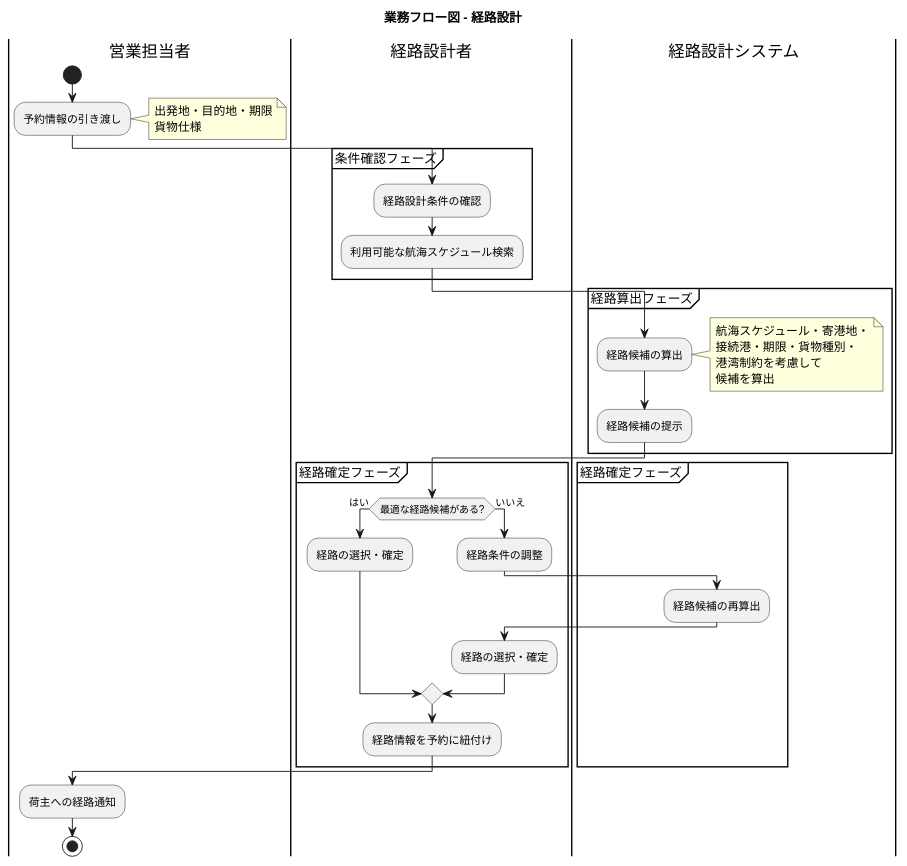
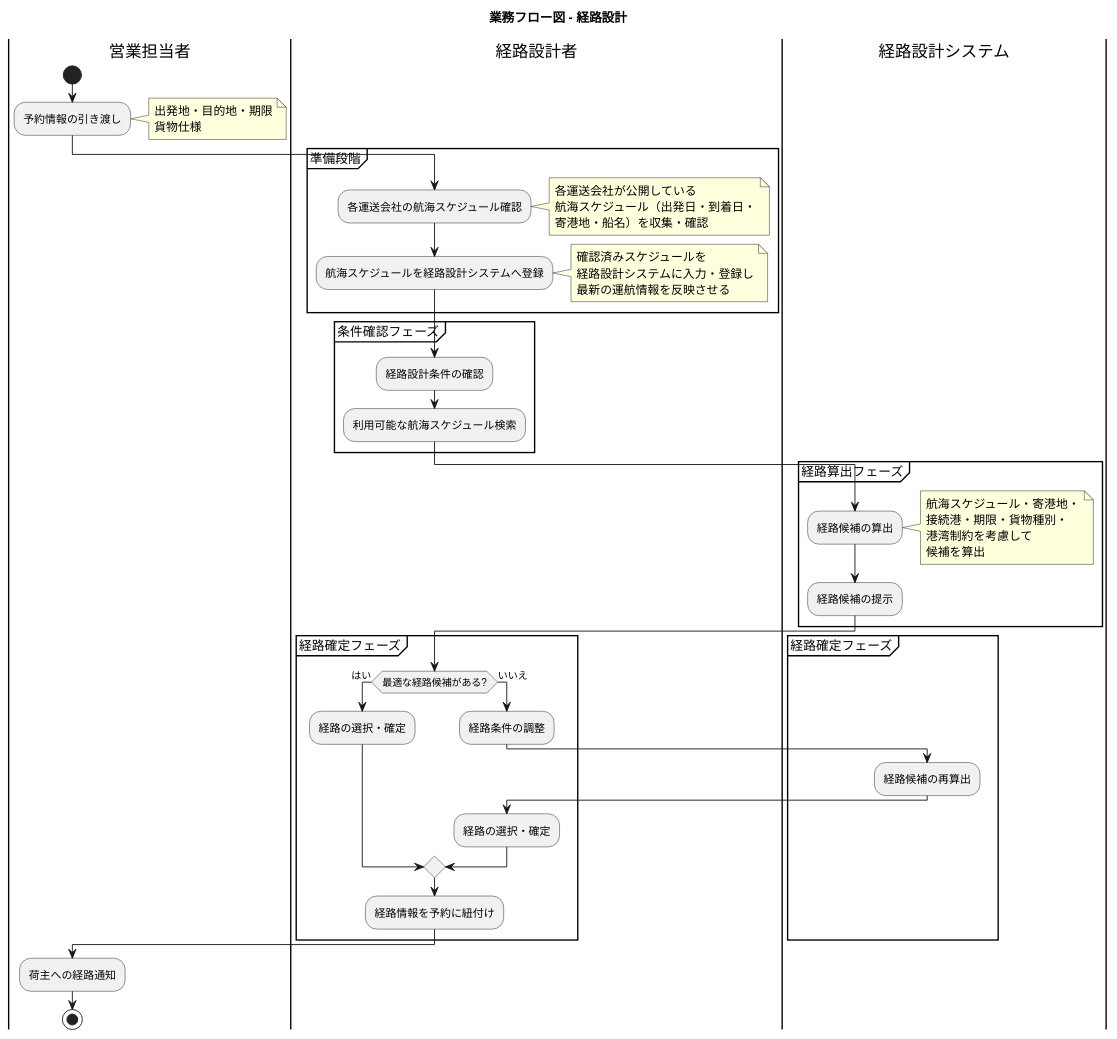
The ninth of 21 diagrams in docs/requirements/requirements_definition.md (k2works/case-study-cargo-tracker), drawn with PlantUML before and after one commit. The commit also changed 3 other files, not shown here.

````diff
--- a/docs/requirements/requirements_definition.md
+++ b/docs/requirements/requirements_definition.md
@@ -501,51 +501,66 @@
 ```plantuml
 @startuml
 
 title 業務フロー図 - 経路設計
 
 |営業担当者|
 start
 :予約情報の引き渡し;
 note right
   出発地・目的地・期限
   貨物仕様
 end note
 
 |経路設計者|
+partition 準備段階 {
+  :各運送会社の航海スケジュール確認;
+  note right
+    各運送会社が公開している
+    航海スケジュール（出発日・到着日・
+    寄港地・船名）を収集・確認
+  end note
+  :航海スケジュールを経路設計システムへ登録;
+  note right
+    確認済みスケジュールを
+    経路設計システムに入力・登録し
+    最新の運航情報を反映させる
+  end note
+}
+
 partition 条件確認フェーズ {
   :経路設計条件の確認;
   :利用可能な航海スケジュール検索;
 }
 
 |経路設計システム|
 partition 経路算出フェーズ {
   :経路候補の算出;
   note right
     航海スケジュール・寄港地・
     接続港・期限・貨物種別・
     港湾制約を考慮して
     候補を算出
   end note
   :経路候補の提示;
 }
 
 |経路設計者|
 partition 経路確定フェーズ {
   if (最適な経路候補がある?) then (はい)
     :経路の選択・確定;
   else (いいえ)
     :経路条件の調整;
     |経路設計システム|
     :経路候補の再算出;
     |経路設計者|
     :経路の選択・確定;
   endif
   :経路情報を予約に紐付け;
 }
 
 |営業担当者|
 :荷主への経路通知;
 stop
 
 @enduml
 ```
````
